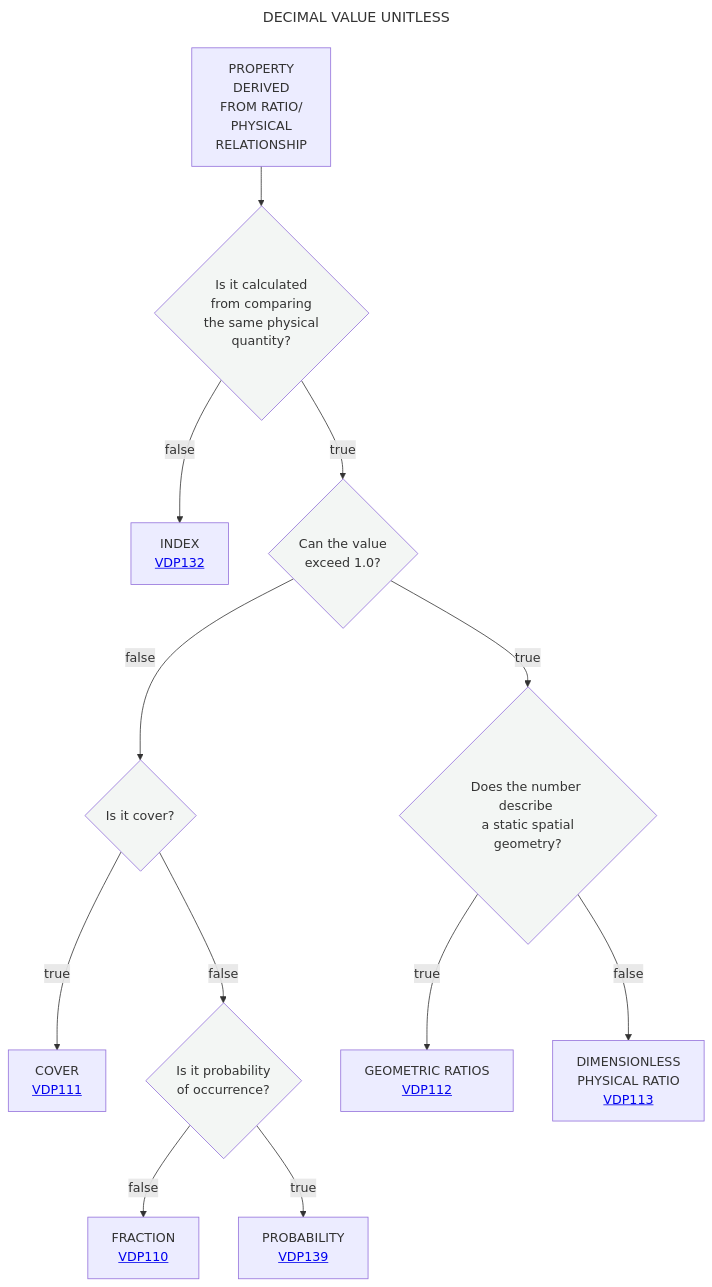
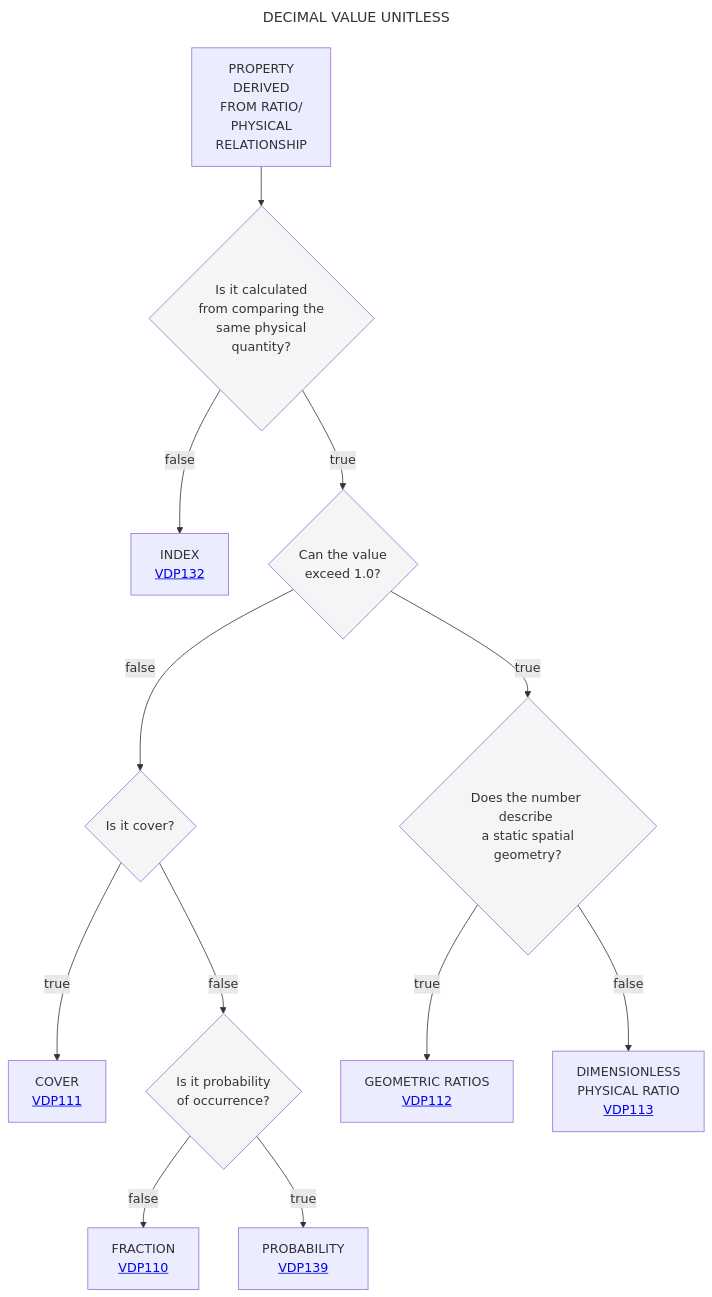
One commit to mabablue/I-ADOPT-patterns-playground changed the diagram in Decisition_trees/DT1.mmd. Above: the diagram before and after it, drawn with Mermaid.

Commit message:
Fix formatting in flowchart for clarity

```diff
--- a/Decisition_trees/DT1.mmd
+++ b/Decisition_trees/DT1.mmd
@@ -1,19 +1,19 @@
 ---
 title: DECIMAL VALUE UNITLESS
 ---
 flowchart TD
-    A[PROPERTY <br> DERIVED <br> FROM RATIO/<br>PHYSICAL <br> RELATIONSHIP] --> B{Is it calculated <br> from comparing <br> the same physical <br> quantity?}:::white
+    A[PROPERTY <br> DERIVED <br> FROM RATIO/<br>PHYSICAL <br> RELATIONSHIP] --> B{Is it calculated <br> from comparing the <br> same physical <br> quantity?}:::white
     B --> |false|C[INDEX <br> <a href='https://github.com/mabablue/I-ADOPT-patterns-playground/blob/main/pattern/VDP132.yaml'>VDP132</a>]
     B --> |true|D{Can the value <br> exceed 1.0?}:::white
     D --> |false|E{Is it cover?}:::white
     D --> |true|L{Does the number describe <br> a static spatial geometry?}:::white
     E --> |true|G[COVER <br> <a href='https://github.com/mabablue/I-ADOPT-patterns-playground/blob/main/pattern/VDP111.yaml'>VDP111</a>]
     E --> |false|H{Is it probability <br> of occurrence?}:::white
     H --> |false|I[FRACTION <br> <a href='https://github.com/mabablue/I-ADOPT-patterns-playground/blob/main/pattern/VDP110.yaml'>VDP110</a>]
     H --> |true|J[PROBABILITY <br> <a href='https://github.com/mabablue/I-ADOPT-patterns-playground/blob/main/pattern/VDP139.yaml'>VDP139</a>]
     L --> |true|M[GEOMETRIC RATIOS <br> <a href='https://github.com/mabablue/I-ADOPT-patterns-playground/blob/main/pattern/VDP112.yaml'>VDP112</a>] 
     L --> |false|N[DIMENSIONLESS <br> PHYSICAL RATIO <br> <a href='https://github.com/mabablue/I-ADOPT-patterns-playground/blob/main/pattern/VDP113.yaml'>VDP113</a>]
    classDef blue fill:#90D5FF
    classDef satblue fill:#57B9FF 
    classDef white fill:#f3f6f4
    classDef green fill:#6aa84f
```
